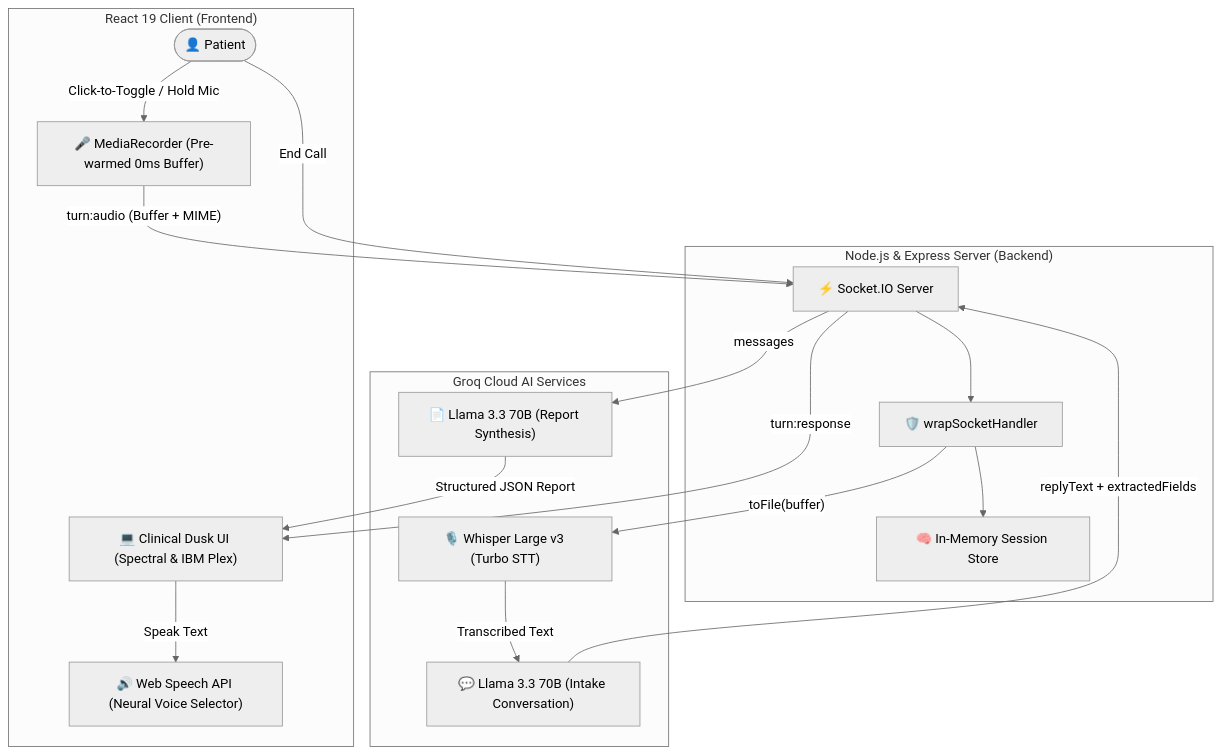
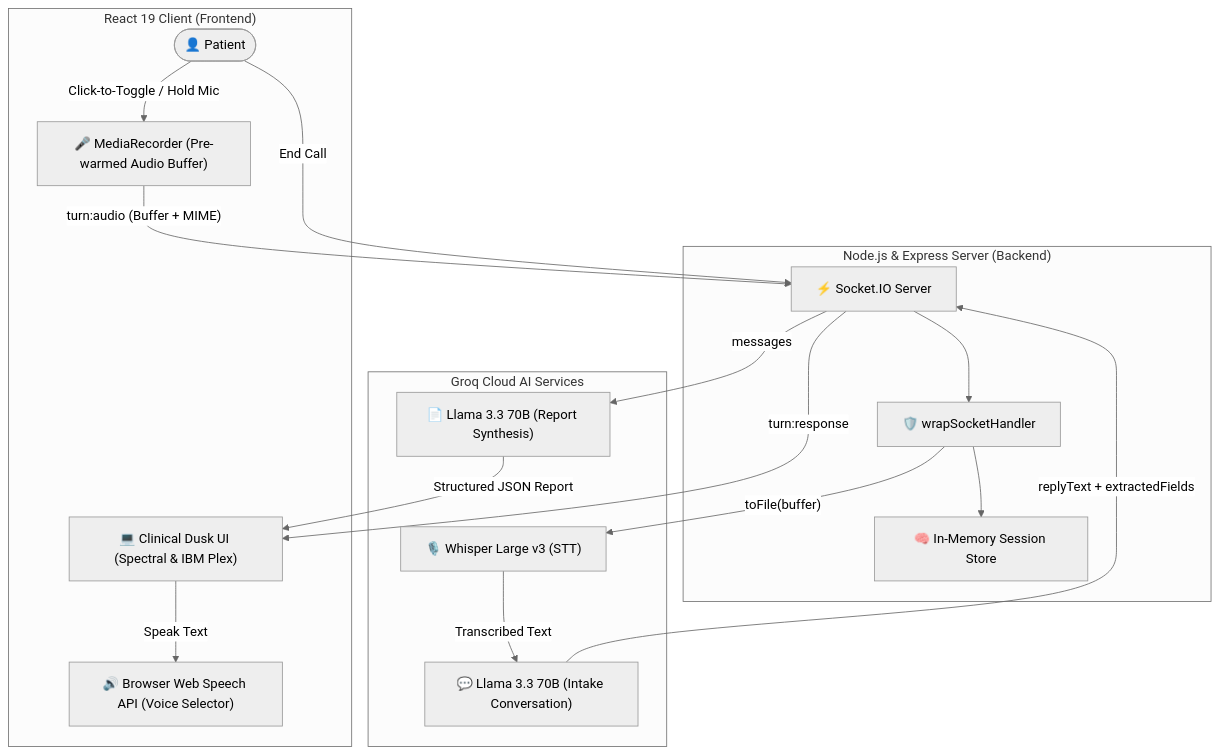
One commit to SahilSameer18/pulseVoice changed the diagram in README.md. Above: the diagram before and after it, drawn with Mermaid (neutral theme). The commit also changed other lines of this file and 17 other files, not shown here.

````diff
--- a/README.md
+++ b/README.md
@@ -21,35 +21,35 @@
 ```mermaid
 flowchart TD
     subgraph Client["React 19 Client (Frontend)"]
         User(["👤 Patient"])
-        Mic["🎤 MediaRecorder (Pre-warmed 0ms Buffer)"]
-        TTS["🔊 Web Speech API (Neural Voice Selector)"]
+        Mic["🎤 MediaRecorder (Pre-warmed Audio Buffer)"]
+        TTS["🔊 Browser Web Speech API (Voice Selector)"]
         UI["💻 Clinical Dusk UI (Spectral & IBM Plex)"]
     end
 
     subgraph Server["Node.js & Express Server (Backend)"]
         Socket["⚡ Socket.IO Server"]
         Session["🧠 In-Memory Session Store"]
         ErrorWrap["🛡️ wrapSocketHandler"]
     end
 
     subgraph GroqCloud["Groq Cloud AI Services"]
-        Whisper["🎙️ Whisper Large v3 (Turbo STT)"]
+        Whisper["🎙️ Whisper Large v3 (STT)"]
         LlamaChat["💬 Llama 3.3 70B (Intake Conversation)"]
         LlamaReport["📄 Llama 3.3 70B (Report Synthesis)"]
     end
 
     User -->|"Click-to-Toggle / Hold Mic"| Mic
     Mic -->|"turn:audio (Buffer + MIME)"| Socket
     Socket --> ErrorWrap
     ErrorWrap --> Session
     ErrorWrap -->|"toFile(buffer)"| Whisper
     Whisper -->|"Transcribed Text"| LlamaChat
     LlamaChat -->|"replyText + extractedFields"| Socket
     Socket -->|"turn:response"| UI
     UI -->|"Speak Text"| TTS
     
     User -->|"End Call"| Socket
     Socket -->|"messages"| LlamaReport
     LlamaReport -->|"Structured JSON Report"| UI
 ```
````
